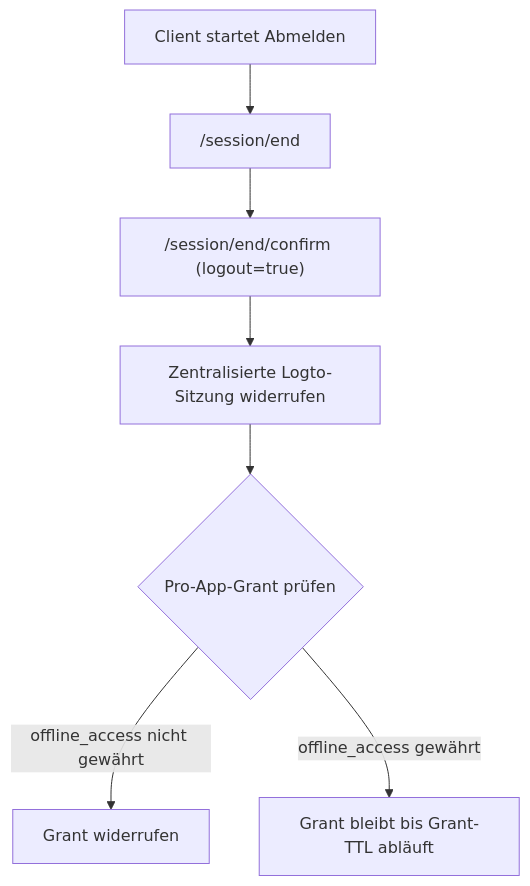
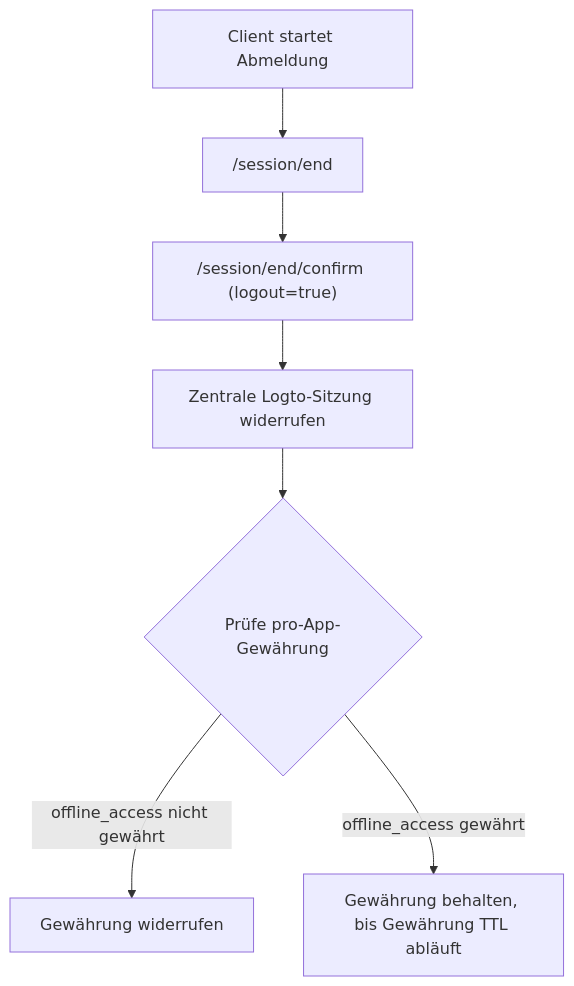
The diagram in i18n/de/docusaurus-plugin-content-docs/current/end-user-flows/sign-out.mdx (logto-io/docs), drawn with Mermaid before and after one commit. The commit also changed other lines of this file and 102 other files, not shown here.

````diff
--- a/i18n/de/docusaurus-plugin-content-docs/current/end-user-flows/sign-out.mdx
+++ b/i18n/de/docusaurus-plugin-content-docs/current/end-user-flows/sign-out.mdx
@@ -179,9 +45,9 @@
 ```mermaid
 flowchart TD
-  A["Client startet Abmelden"] --> B["/session/end"]
+  A["Client startet Abmeldung"] --> B["/session/end"]
   B --> C["/session/end/confirm (logout=true)"]
-  C --> D["Zentralisierte Logto-Sitzung widerrufen"]
-  D --> E{"Pro-App-Grant prüfen"}
-  E -->|"offline_access nicht gewährt"| F["Grant widerrufen"]
-  E -->|"offline_access gewährt"| G["Grant bleibt bis Grant-TTL abläuft"]
+  C --> D["Zentrale Logto-Sitzung widerrufen"]
+  D --> E{"Prüfe pro-App-Gewährung"}
+  E -->|"offline_access nicht gewährt"| F["Gewährung widerrufen"]
+  E -->|"offline_access gewährt"| G["Gewährung behalten, bis Gewährung TTL abläuft"]
 ```
````
